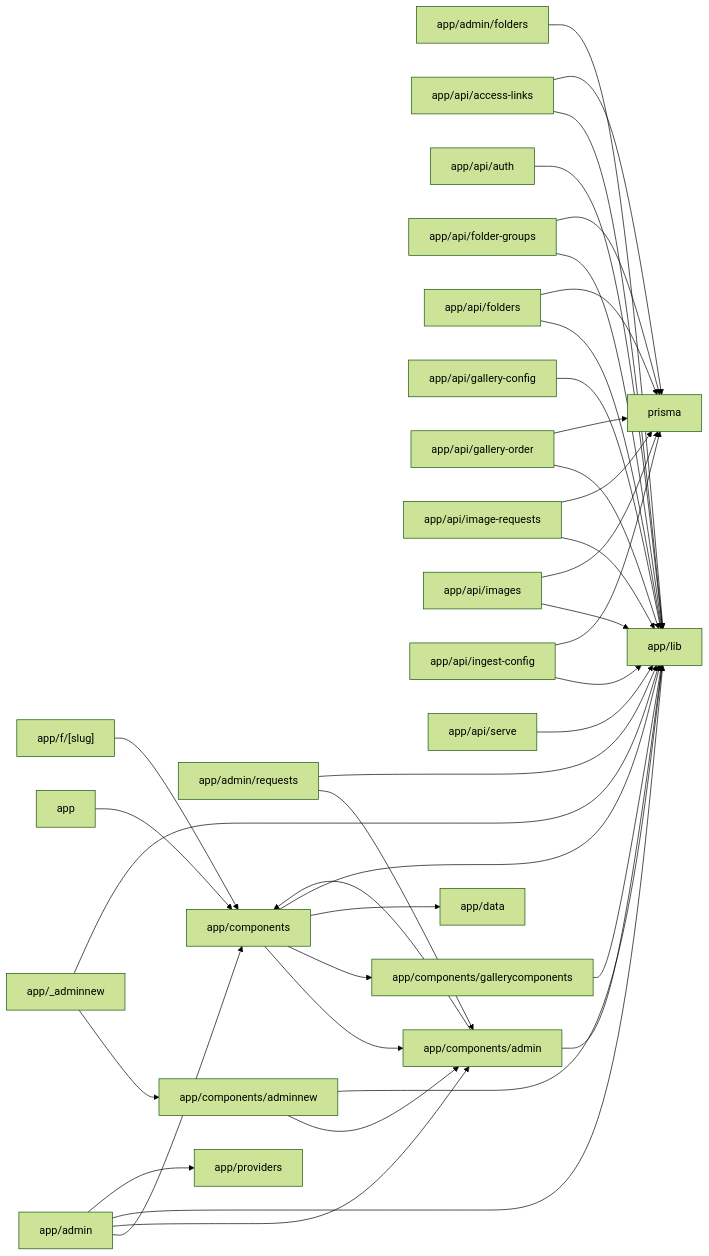
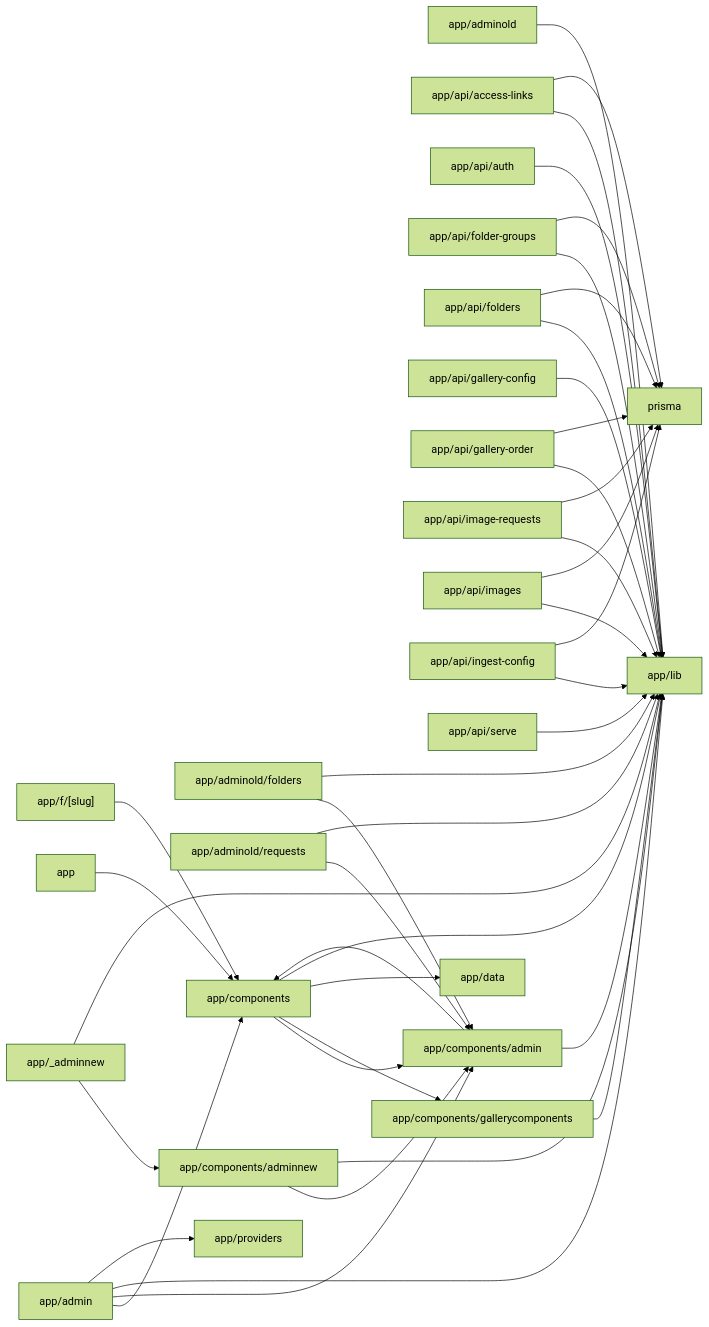
One commit to NouroseSajid/live_image_server_2 changed the diagram in DEPENDENCY_GRAPH.md. Above: the diagram before and after it, drawn with Mermaid (forest theme). The commit also changed other lines of this file and 13 other files, not shown here.

Commit message:
swap admin routes: new admin at /admin, legacy at /adminold

````diff
--- a/DEPENDENCY_GRAPH.md
+++ b/DEPENDENCY_GRAPH.md
@@ -34,65 +34,68 @@
 ```mermaid
 flowchart LR
   n0["app"]
   n1["app/_adminnew"]
   n2["app/admin"]
-  n3["app/admin/folders"]
-  n4["app/admin/requests"]
+  n3["app/adminold"]
+  n4["app/adminold/folders"]
+  n4b["app/adminold/requests"]
   n5["app/api/access-links"]
   n6["app/api/auth"]
   n7["app/api/folder-groups"]
   n8["app/api/folders"]
   n9["app/api/gallery-config"]
   n10["app/api/gallery-order"]
   n11["app/api/image-requests"]
   n12["app/api/images"]
   n13["app/api/ingest-config"]
   n14["app/api/serve"]
   n15["app/components"]
   n16["app/components/admin"]
   n17["app/components/adminnew"]
   n18["app/components/gallerycomponents"]
   n19["app/data"]
   n20["app/f/[slug]"]
   n21["app/lib"]
   n22["app/providers"]
   n23["prisma"]
 
   n0 --> n15
   n1 --> n17
   n1 --> n21
   n2 --> n15
   n2 --> n16
   n2 --> n21
   n2 --> n22
   n3 --> n21
   n4 --> n16
   n4 --> n21
+  n4b --> n16
+  n4b --> n21
   n5 --> n21
   n5 --> n23
   n6 --> n21
   n7 --> n21
   n7 --> n23
   n8 --> n21
   n8 --> n23
   n9 --> n21
   n10 --> n21
   n10 --> n23
   n11 --> n21
   n11 --> n23
   n12 --> n21
   n12 --> n23
   n13 --> n21
   n13 --> n23
   n14 --> n21
   n15 --> n16
   n15 --> n18
   n15 --> n19
   n15 --> n21
   n16 --> n15
   n16 --> n21
   n17 --> n16
   n17 --> n21
   n18 --> n21
   n20 --> n15
 ```
````
